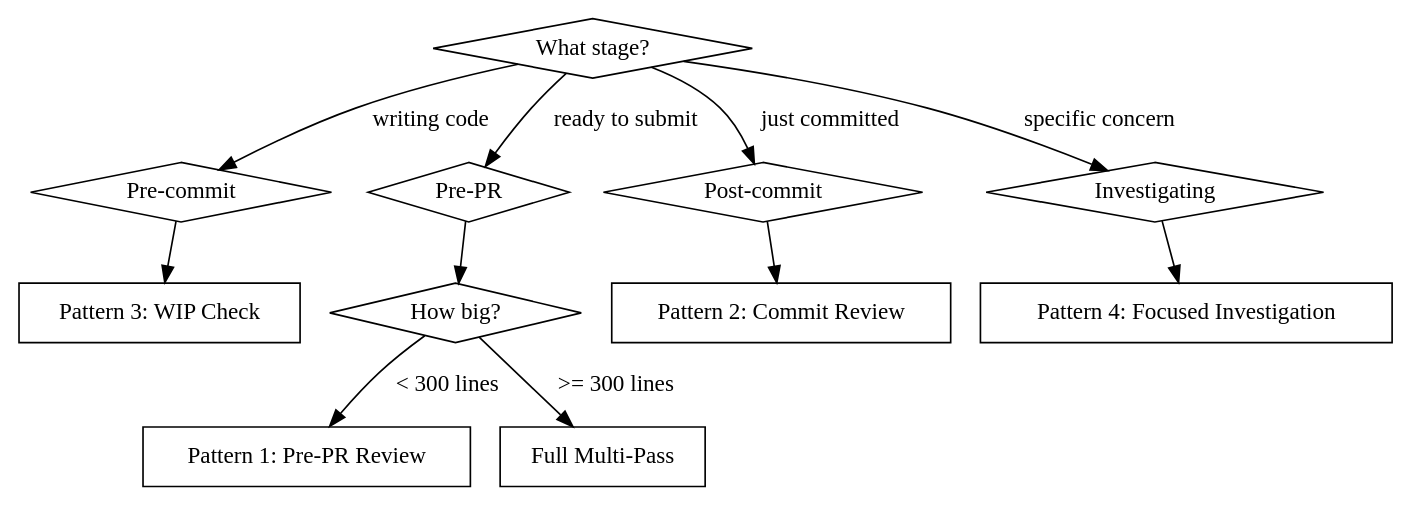
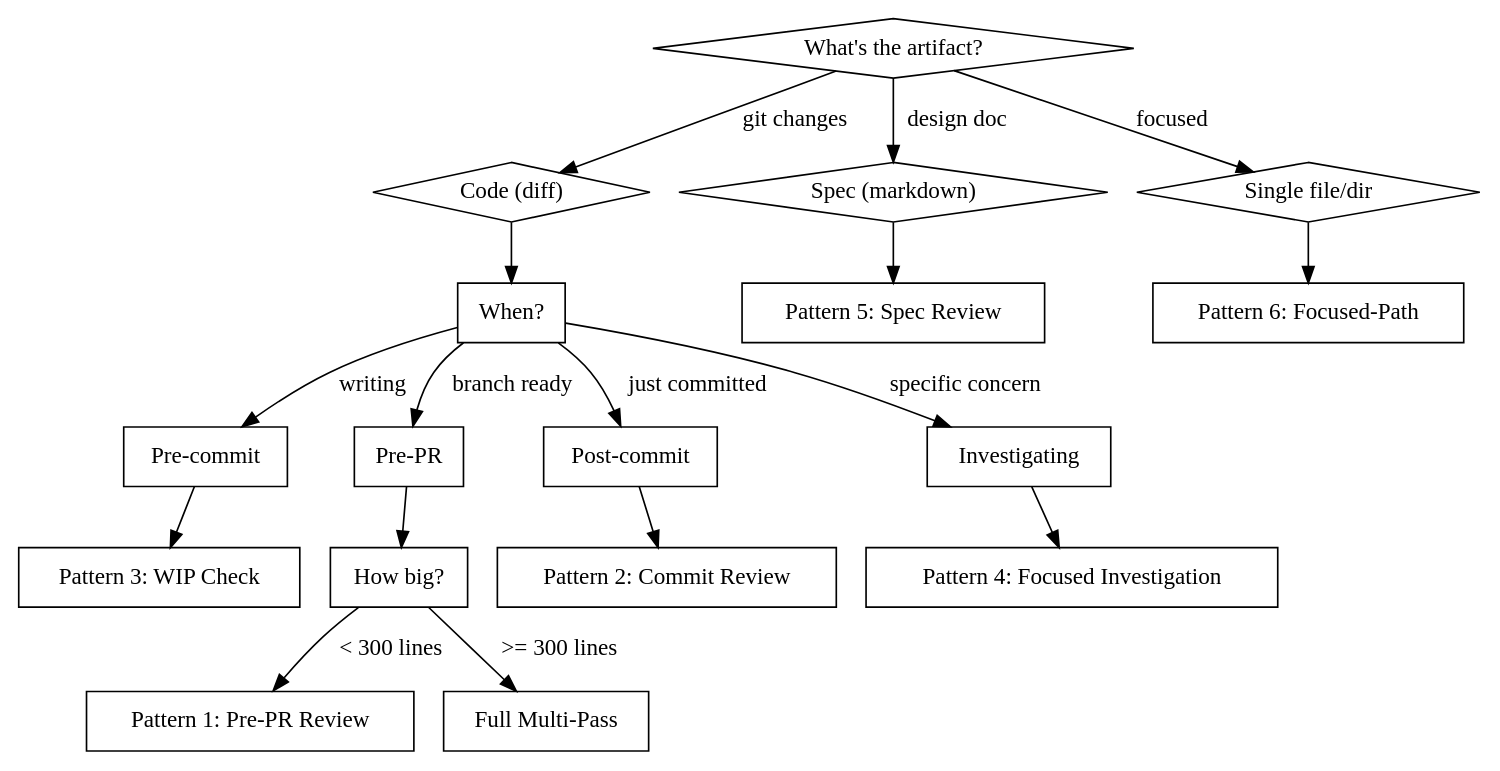
Before and after one commit to hyperb1iss/hyperskills: the diagram in skills/codex-review/SKILL.md, drawn with Graphviz. The commit also changed other lines of this file and 5 other files, not shown here.

````diff
--- a/skills/codex-review/SKILL.md
+++ b/skills/codex-review/SKILL.md
@@ -123,21 +191,28 @@
 ```dot
 digraph review_decision {
     rankdir=TB;
     node [shape=diamond];
 
-    "What stage?" -> "Pre-commit" [label="writing code"];
-    "What stage?" -> "Pre-PR" [label="ready to submit"];
-    "What stage?" -> "Post-commit" [label="just committed"];
-    "What stage?" -> "Investigating" [label="specific concern"];
+    "What's the artifact?" -> "Code (diff)" [label="git changes"];
+    "What's the artifact?" -> "Spec (markdown)" [label="design doc"];
+    "What's the artifact?" -> "Single file/dir" [label="focused"];
 
     node [shape=box];
+    "Code (diff)" -> "When?" [shape=diamond];
+    "When?" -> "Pre-commit" [label="writing"];
+    "When?" -> "Pre-PR" [label="branch ready"];
+    "When?" -> "Post-commit" [label="just committed"];
+    "When?" -> "Investigating" [label="specific concern"];
+
     "Pre-commit" -> "Pattern 3: WIP Check";
-    "Pre-PR" -> "How big?";
+    "Pre-PR" -> "How big?" [shape=diamond];
     "Post-commit" -> "Pattern 2: Commit Review";
     "Investigating" -> "Pattern 4: Focused Investigation";
 
-    "How big?" [shape=diamond];
     "How big?" -> "Pattern 1: Pre-PR Review" [label="< 300 lines"];
     "How big?" -> "Full Multi-Pass" [label=">= 300 lines"];
+
+    "Spec (markdown)" -> "Pattern 5: Spec Review";
+    "Single file/dir" -> "Pattern 6: Focused-Path";
 }
 ```
````
